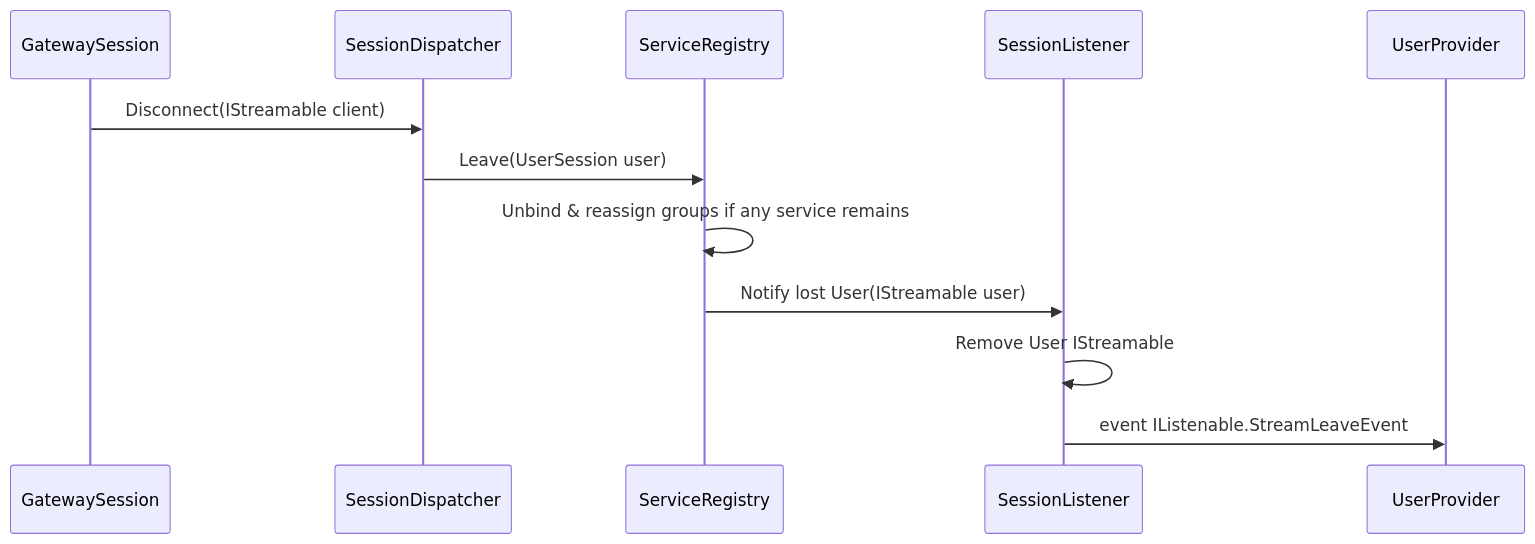
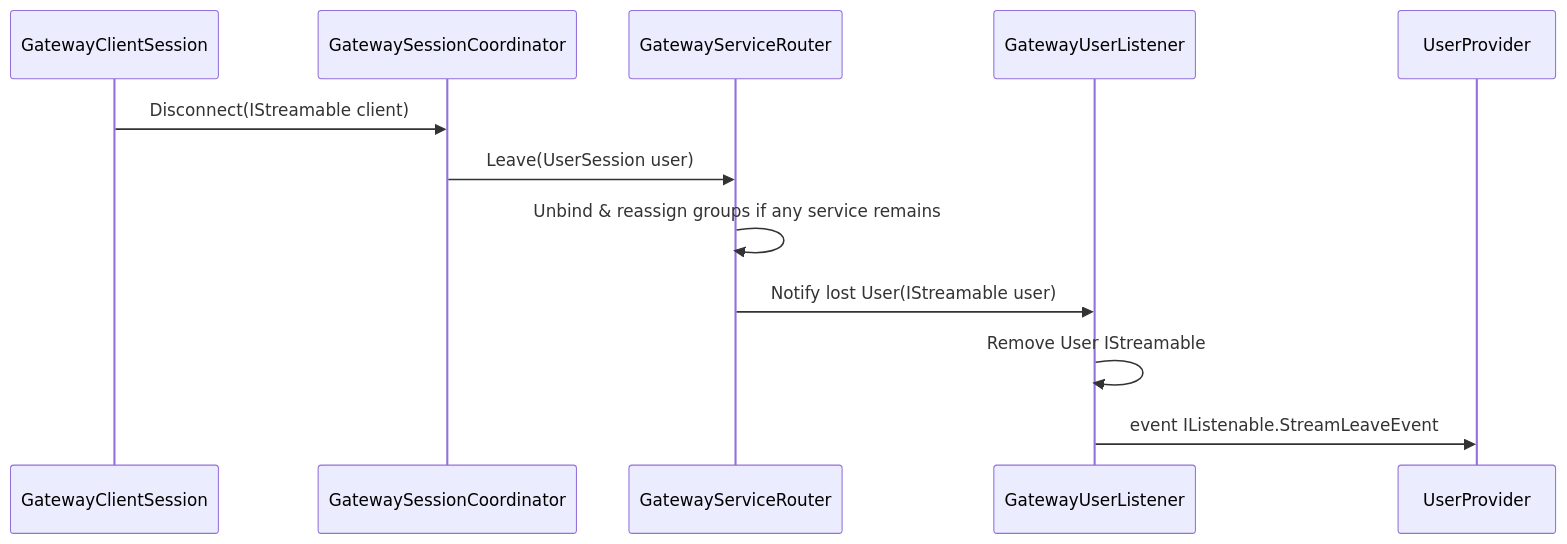
One commit to jiowchern/PinionCore.Remote changed the fifth of 6 diagrams in PinionCore.Remote.Gateway/design.md. Above: the diagram before and after it, drawn with Mermaid. The commit also changed other lines of this file and 5 other files, not shown here.

First line of the commit message:
新增 GatewayServiceRouter 和 GatewayUserListener 測試

````diff
--- a/PinionCore.Remote.Gateway/design.md
+++ b/PinionCore.Remote.Gateway/design.md
@@ -190,13 +190,13 @@
 ```mermaid
 sequenceDiagram
-    participant GatewaySession 
-    participant SessionDispatcher
-    participant ServiceRegistry
-    participant SessionListener
-    GatewaySession ->> SessionDispatcher: Disconnect(IStreamable client)
-    SessionDispatcher ->> ServiceRegistry: Leave(UserSession user)
-    ServiceRegistry ->> ServiceRegistry: Unbind & reassign groups if any service remains
-    ServiceRegistry ->> SessionListener: Notify lost User(IStreamable user)
-    SessionListener ->> SessionListener: Remove User IStreamable
-    SessionListener  ->> UserProvider: event IListenable.StreamLeaveEvent
+    participant GatewayClientSession 
+    participant GatewaySessionCoordinator
+    participant GatewayServiceRouter
+    participant GatewayUserListener
+    GatewayClientSession ->> GatewaySessionCoordinator: Disconnect(IStreamable client)
+    GatewaySessionCoordinator ->> GatewayServiceRouter: Leave(UserSession user)
+    GatewayServiceRouter ->> GatewayServiceRouter: Unbind & reassign groups if any service remains
+    GatewayServiceRouter ->> GatewayUserListener: Notify lost User(IStreamable user)
+    GatewayUserListener ->> GatewayUserListener: Remove User IStreamable
+    GatewayUserListener  ->> UserProvider: event IListenable.StreamLeaveEvent
 ```
````
